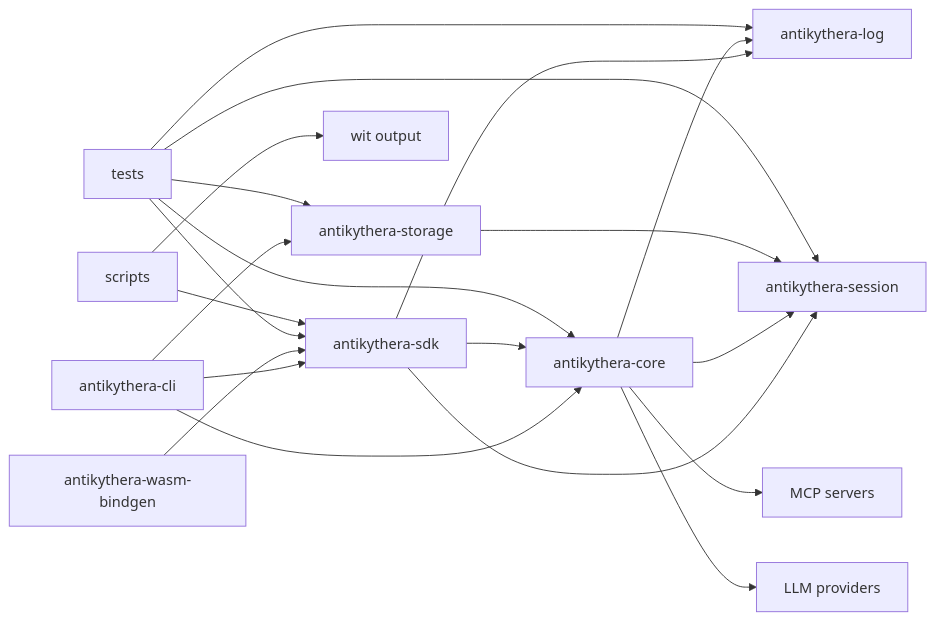
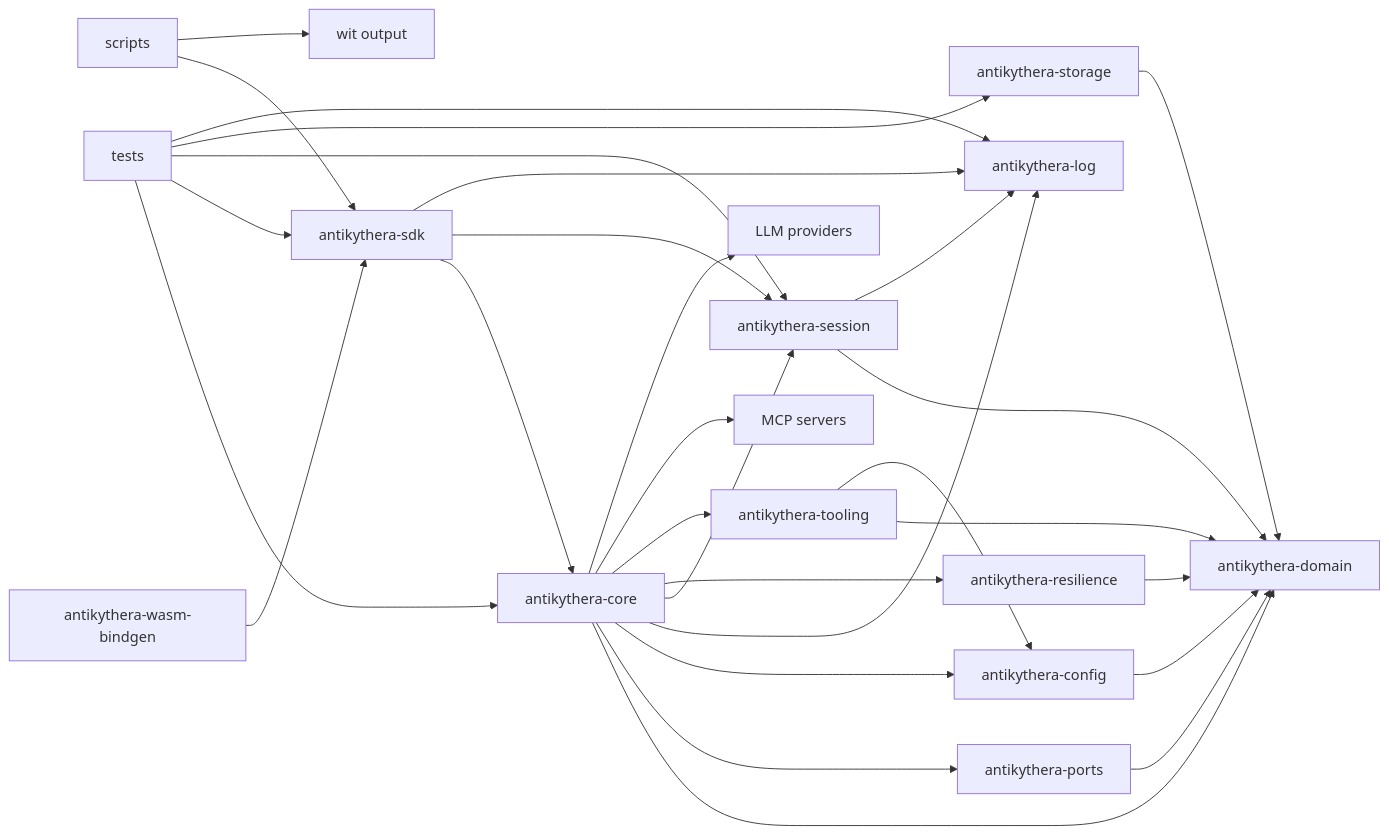
The second of 2 diagrams in documentation/WORKSPACE.md (tsfarizi/antikythera-mcp-framework), drawn with Mermaid before and after one commit. The commit also changed other lines of this file and 14 other files, not shown here.

````diff
--- a/documentation/WORKSPACE.md
+++ b/documentation/WORKSPACE.md
@@ -42,22 +63,31 @@
 ```mermaid
 flowchart LR
-    CLI[antikythera-cli] --> CORE[antikythera-core]
-    CLI --> SDK[antikythera-sdk]
-    CLI --> STORAGE[antikythera-storage]
-    SDK --> CORE
+    SDK[antikythera-sdk] --> CORE[antikythera-core]
     SDK --> SESSION[antikythera-session]
     SDK --> LOG[antikythera-log]
     WASM_BINDGEN[antikythera-wasm-bindgen] --> SDK
+    CORE --> DOMAIN[antikythera-domain]
+    CORE --> PORTS[antikythera-ports]
+    CORE --> CONFIG[antikythera-config]
     CORE --> LOG
     CORE --> SESSION
+    CORE --> RESILIENCE[antikythera-resilience]
+    CORE --> TOOLING[antikythera-tooling]
     CORE --> MCP[MCP servers]
     CORE --> LLM[LLM providers]
-    STORAGE --> SESSION
+    SESSION --> DOMAIN
+    SESSION --> LOG
+    STORAGE[antikythera-storage] --> DOMAIN
+    TOOLING --> DOMAIN
+    TOOLING --> CONFIG
+    PORTS --> DOMAIN
+    CONFIG --> DOMAIN
+    RESILIENCE --> DOMAIN
     TESTS[tests] --> CORE
     TESTS --> SDK
     TESTS --> SESSION
     TESTS --> STORAGE
     TESTS --> LOG
     SCRIPTS[scripts] --> SDK
     SCRIPTS --> WIT[wit output]
 ```
````
